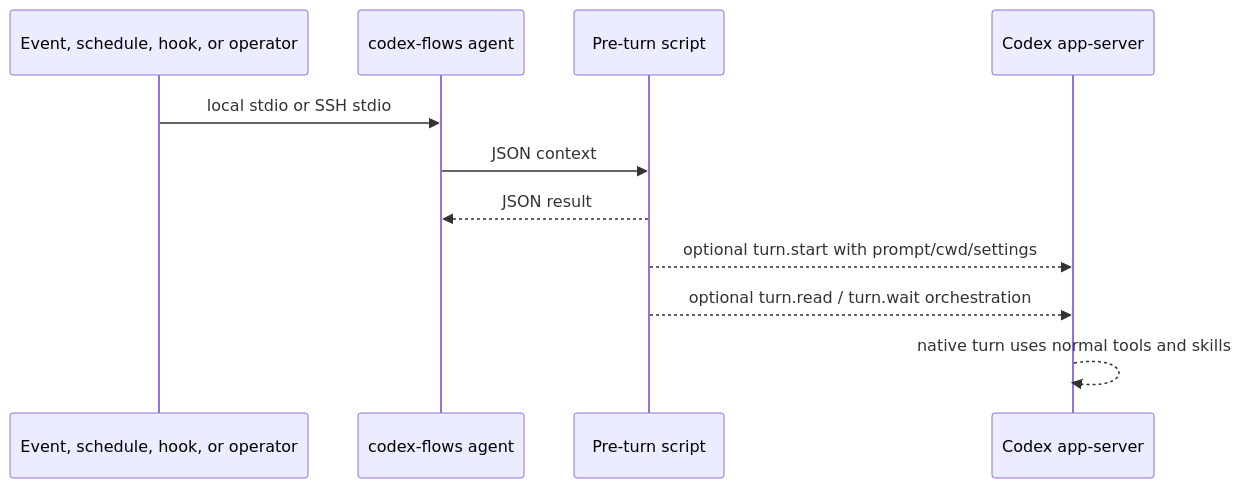
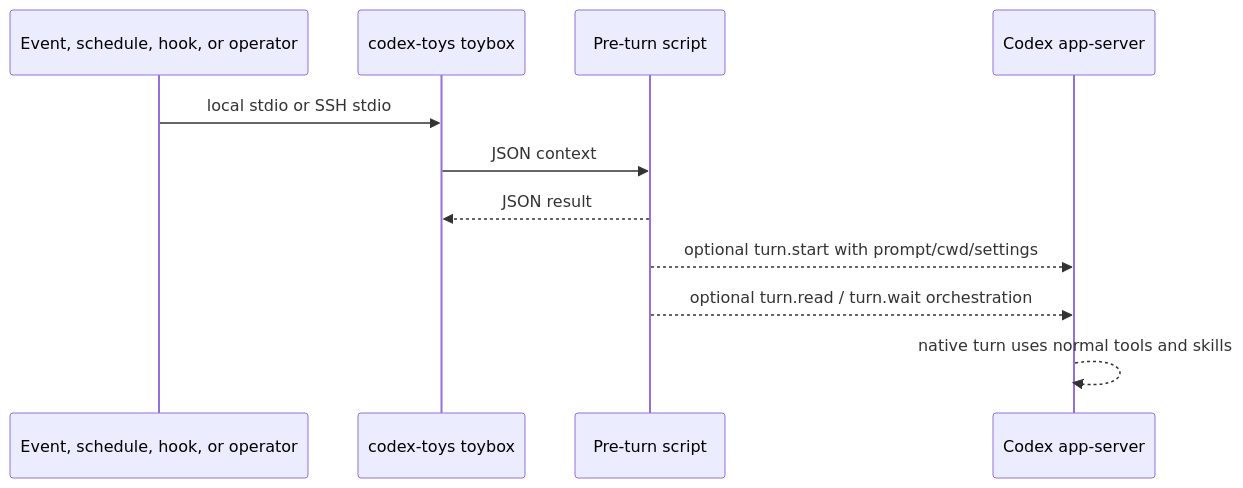
One commit to peezy-tech/codex-toys changed the diagram in docs/pages/concepts/architecture.md. Above: the diagram before and after it, drawn with Mermaid. The commit also changed other lines of this file and 111 other files, not shown here.

Commit message:
Rename codex-flows to codex-toys

````diff
--- a/docs/pages/concepts/architecture.md
+++ b/docs/pages/concepts/architecture.md
@@ -13,14 +13,14 @@
 ```mermaid
 sequenceDiagram
   participant Signal as Event, schedule, hook, or operator
-  participant Agent as codex-flows agent
+  participant Agent as codex-toys toybox
   participant Script as Pre-turn script
   participant Codex as Codex app-server
 
   Signal->>Agent: local stdio or SSH stdio
   Agent->>Script: JSON context
   Script-->>Agent: JSON result
   Script-->>Codex: optional turn.start with prompt/cwd/settings
   Script-->>Codex: optional turn.read / turn.wait orchestration
   Codex-->>Codex: native turn uses normal tools and skills
 ```
````
